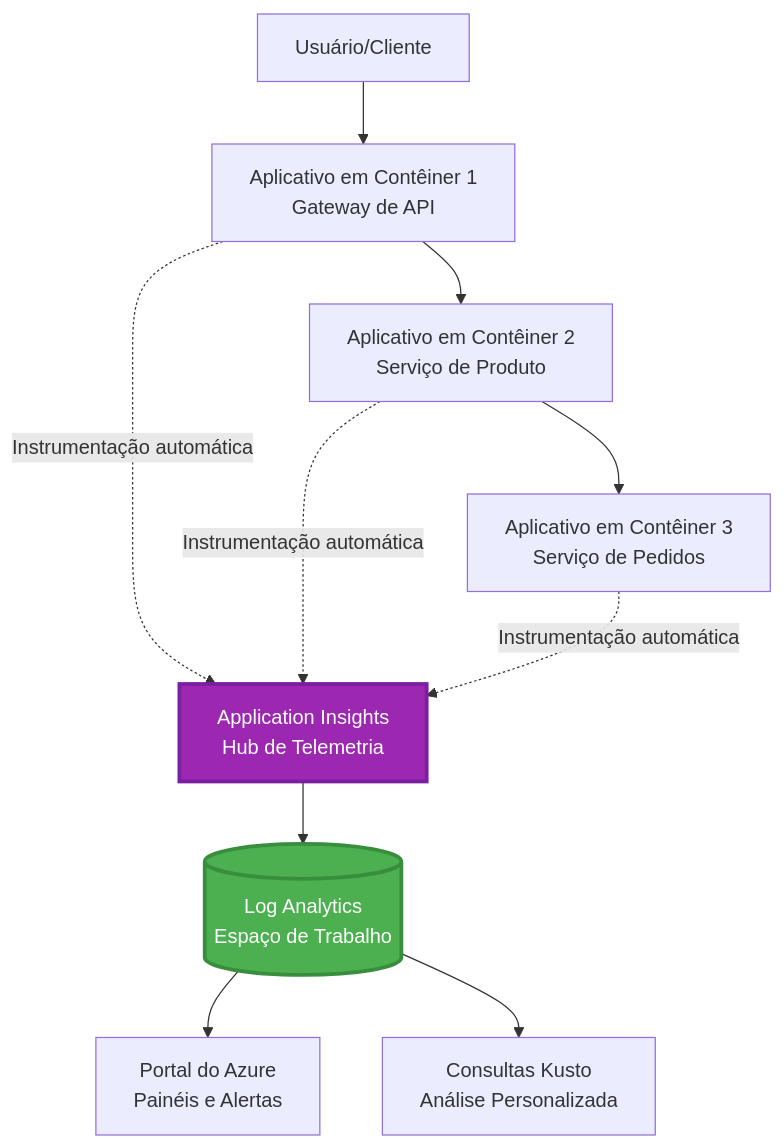
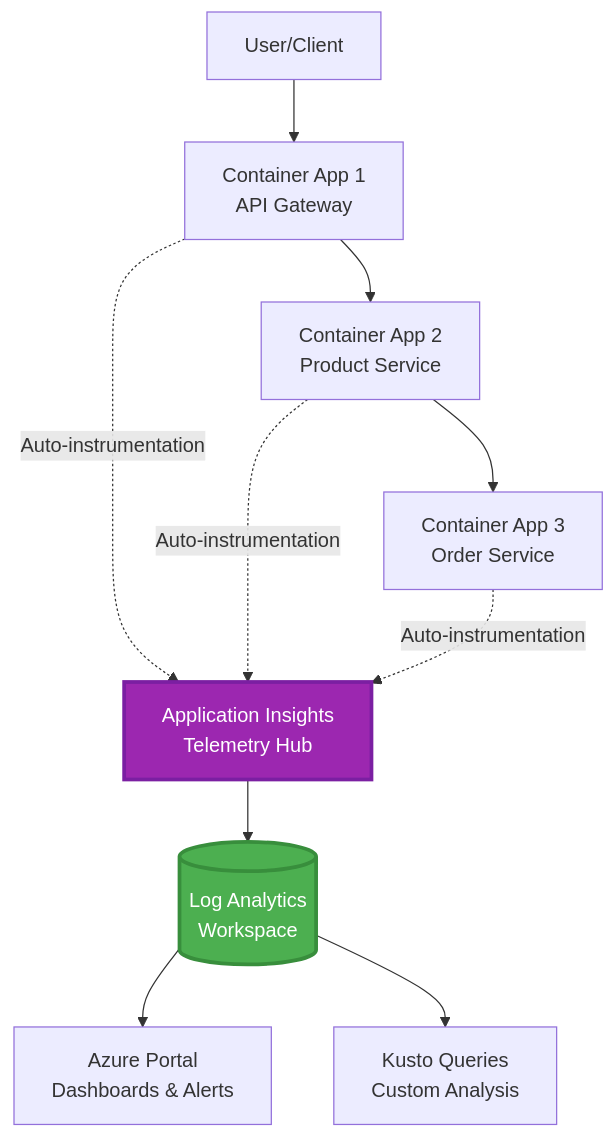
One commit to microsoft/AZD-for-beginners changed the first of 2 diagrams in translations/pt-BR/docs/chapter-06-pre-deployment/application-insights.md. Above: the diagram before and after it, drawn with Mermaid. The commit also changed other lines of this file and 145 other files, not shown here.

````diff
--- a/translations/pt-BR/docs/chapter-06-pre-deployment/application-insights.md
+++ b/translations/pt-BR/docs/chapter-06-pre-deployment/application-insights.md
@@ -58,28 +58,28 @@
 ```mermaid
 graph TB
-    User[Usuário/Cliente]
-    App1[Aplicativo em Contêiner 1<br/>Gateway de API]
-    App2[Aplicativo em Contêiner 2<br/>Serviço de Produto]
-    App3[Aplicativo em Contêiner 3<br/>Serviço de Pedidos]
+    User[User/Client]
+    App1[Container App 1<br/>API Gateway]
+    App2[Container App 2<br/>Product Service]
+    App3[Container App 3<br/>Order Service]
     
-    AppInsights[Application Insights<br/>Hub de Telemetria]
-    LogAnalytics[(Log Analytics<br/>Espaço de Trabalho)]
+    AppInsights[Application Insights<br/>Telemetry Hub]
+    LogAnalytics[(Log Analytics<br/>Workspace)]
     
-    Portal[Portal do Azure<br/>Painéis e Alertas]
-    Query[Consultas Kusto<br/>Análise Personalizada]
+    Portal[Azure Portal<br/>Dashboards & Alerts]
+    Query[Kusto Queries<br/>Custom Analysis]
     
     User --> App1
     App1 --> App2
     App2 --> App3
     
-    App1 -.->|Instrumentação automática| AppInsights
-    App2 -.->|Instrumentação automática| AppInsights
-    App3 -.->|Instrumentação automática| AppInsights
+    App1 -.->|Auto-instrumentation| AppInsights
+    App2 -.->|Auto-instrumentation| AppInsights
+    App3 -.->|Auto-instrumentation| AppInsights
     
     AppInsights --> LogAnalytics
     LogAnalytics --> Portal
     LogAnalytics --> Query
     
     style AppInsights fill:#9C27B0,stroke:#7B1FA2,stroke-width:3px,color:#fff
     style LogAnalytics fill:#4CAF50,stroke:#388E3C,stroke-width:3px,color:#fff
 ```
````
